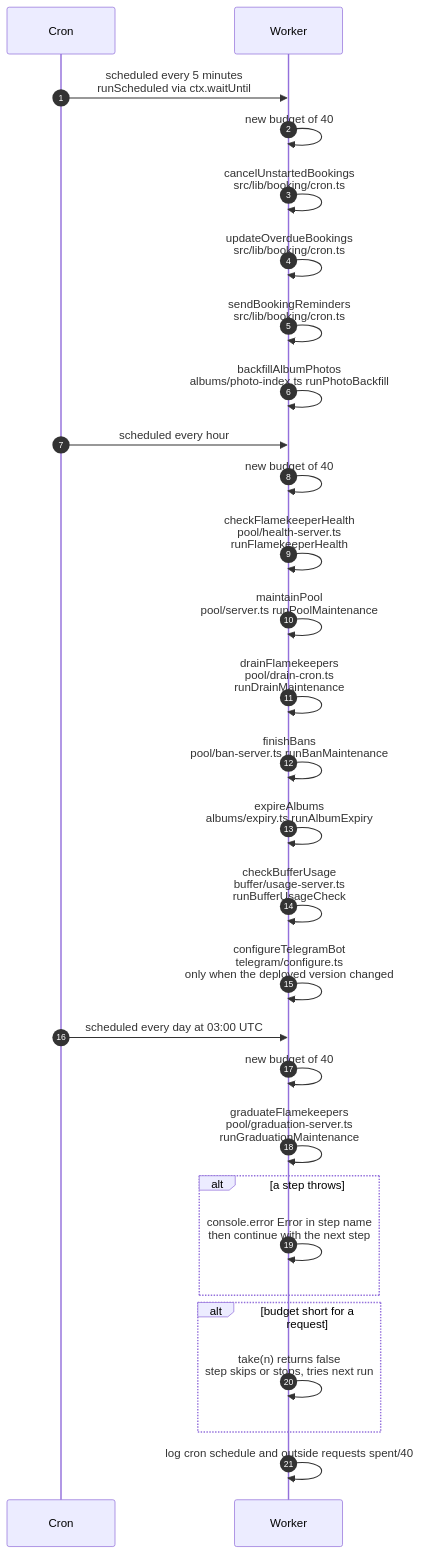
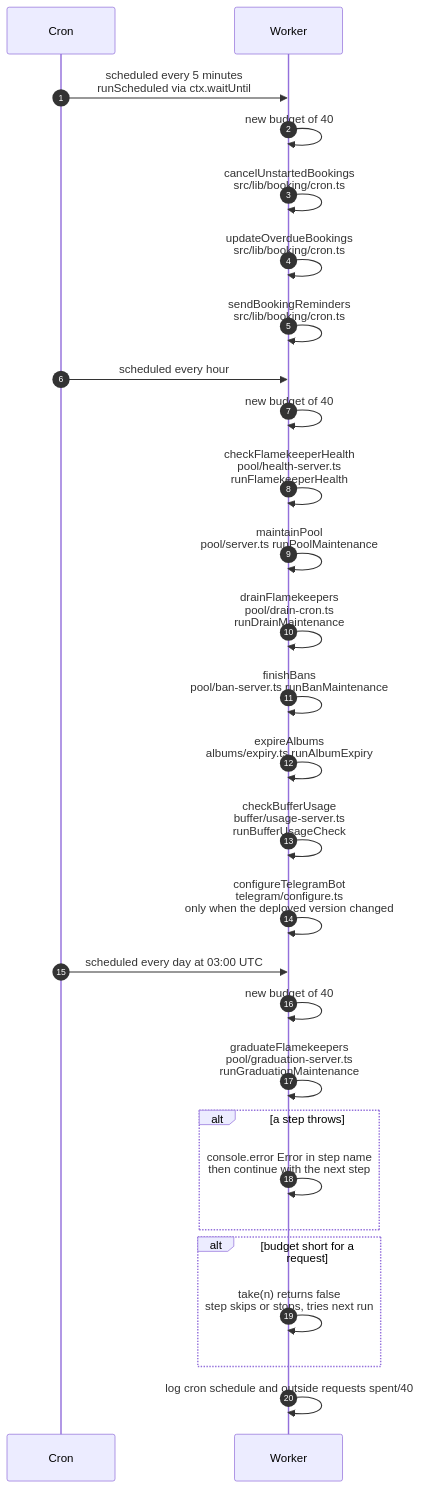
Before and after one commit to sagyzdop/meriksirat: the diagram in docs/scenarios/cron/overview.md, drawn with Mermaid. The commit also changed other lines of this file and 45 other files, not shown here.

First line of the commit message:
feat(albums): remove the photo table and the indexer

````diff
--- a/docs/scenarios/cron/overview.md
+++ b/docs/scenarios/cron/overview.md
@@ -19,31 +19,30 @@
 ```mermaid
 sequenceDiagram
     autonumber
     participant Cron as Cron
     participant Worker as Worker
     Cron->>Worker: scheduled every 5 minutes<br/>runScheduled via ctx.waitUntil
     Worker->>Worker: new budget of 40
     Worker->>Worker: cancelUnstartedBookings<br/>src/lib/booking/cron.ts
     Worker->>Worker: updateOverdueBookings<br/>src/lib/booking/cron.ts
     Worker->>Worker: sendBookingReminders<br/>src/lib/booking/cron.ts
-    Worker->>Worker: backfillAlbumPhotos<br/>albums/photo-index.ts runPhotoBackfill
     Cron->>Worker: scheduled every hour
     Worker->>Worker: new budget of 40
     Worker->>Worker: checkFlamekeeperHealth<br/>pool/health-server.ts<br/>runFlamekeeperHealth
     Worker->>Worker: maintainPool<br/>pool/server.ts runPoolMaintenance
     Worker->>Worker: drainFlamekeepers<br/>pool/drain-cron.ts<br/>runDrainMaintenance
     Worker->>Worker: finishBans<br/>pool/ban-server.ts runBanMaintenance
     Worker->>Worker: expireAlbums<br/>albums/expiry.ts runAlbumExpiry
     Worker->>Worker: checkBufferUsage<br/>buffer/usage-server.ts<br/>runBufferUsageCheck
     Worker->>Worker: configureTelegramBot<br/>telegram/configure.ts<br/>only when the deployed version changed
     Cron->>Worker: scheduled every day at 03:00 UTC
     Worker->>Worker: new budget of 40
     Worker->>Worker: graduateFlamekeepers<br/>pool/graduation-server.ts<br/>runGraduationMaintenance
     alt a step throws
         Worker->>Worker: console.error Error in step name<br/>then continue with the next step
     end
     alt budget short for a request
         Worker->>Worker: take(n) returns false<br/>step skips or stops, tries next run
     end
     Worker->>Worker: log cron schedule and outside requests spent/40
 ```
````
